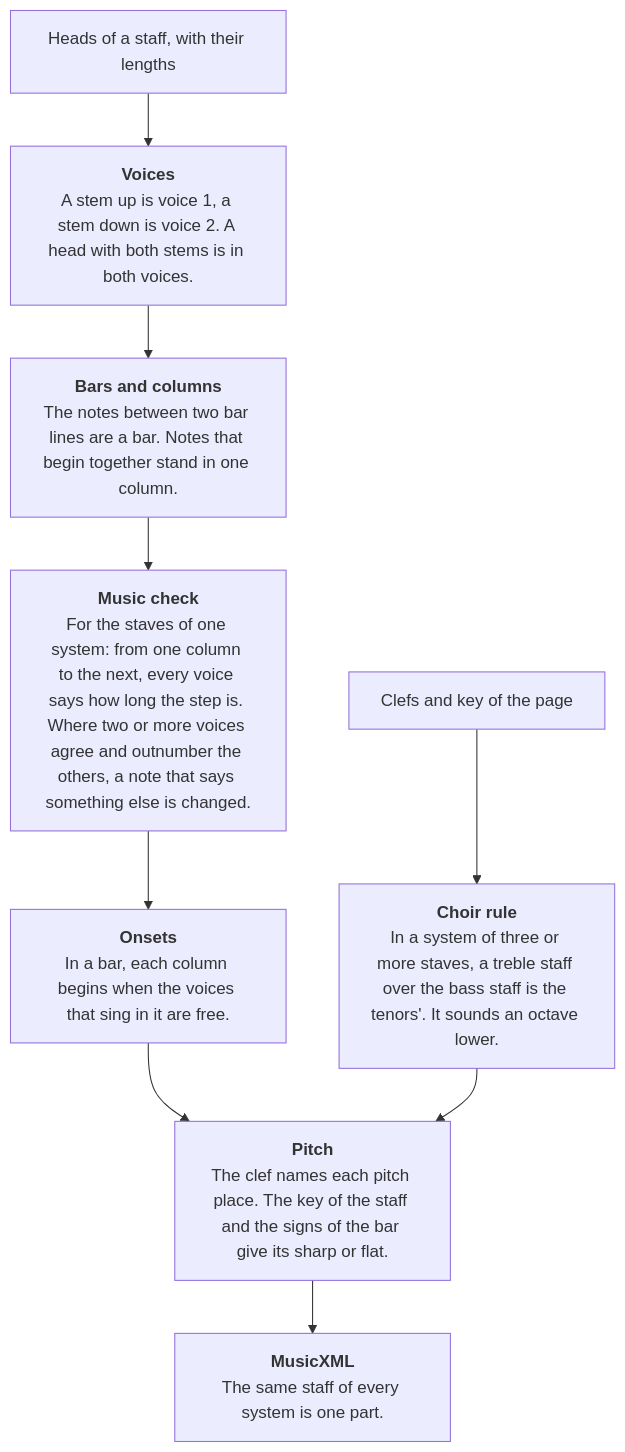
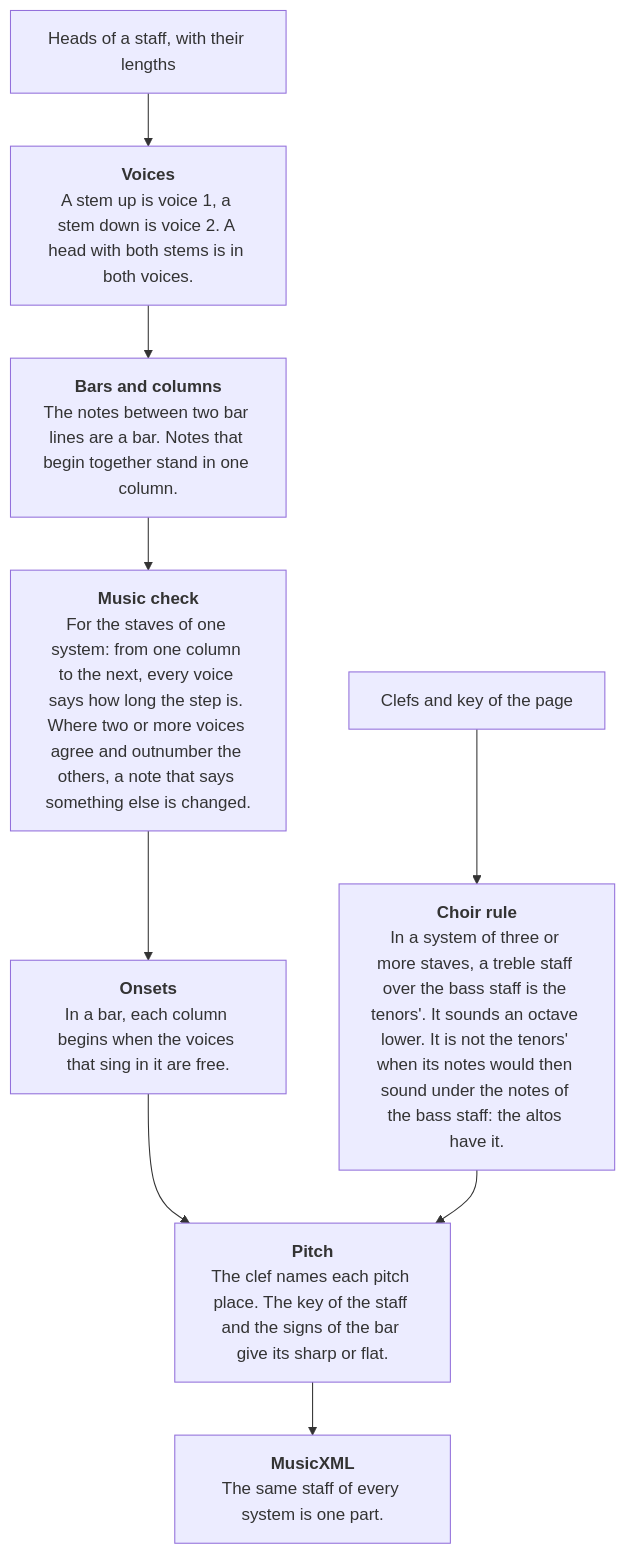
One commit to sweet-cicero/ScoreReader changed the ninth of 10 diagrams in README.md. Above: the diagram before and after it, drawn with Mermaid. The commit also changed other lines of this file and 5 other files, not shown here.

````diff
--- a/README.md
+++ b/README.md
@@ -229,11 +231,11 @@
 ```mermaid
 flowchart TD
     heads["Heads of a staff, with their lengths"] --> voices["<b>Voices</b><br/>A stem up is voice 1, a stem down is voice 2. A head with both stems is in both voices."]
     voices --> columns["<b>Bars and columns</b><br/>The notes between two bar lines are a bar. Notes that begin together stand in one column."]
     columns --> check["<b>Music check</b><br/>For the staves of one system: from one column to the next, every voice says how long the step is. Where two or more voices agree and outnumber the others, a note that says something else is changed."]
     check --> onsets["<b>Onsets</b><br/>In a bar, each column begins when the voices that sing in it are free."]
     onsets --> pitch["<b>Pitch</b><br/>The clef names each pitch place. The key of the staff and the signs of the bar give its sharp or flat."]
-    clefs["Clefs and key of the page"] --> tenor["<b>Choir rule</b><br/>In a system of three or more staves, a treble staff over the bass staff is the tenors'. It sounds an octave lower."]
+    clefs["Clefs and key of the page"] --> tenor["<b>Choir rule</b><br/>In a system of three or more staves, a treble staff over the bass staff is the tenors'. It sounds an octave lower. It is not the tenors' when its notes would then sound under the notes of the bass staff: the altos have it."]
     tenor --> pitch
     pitch --> xml["<b>MusicXML</b><br/>The same staff of every system is one part."]
 ```
````
